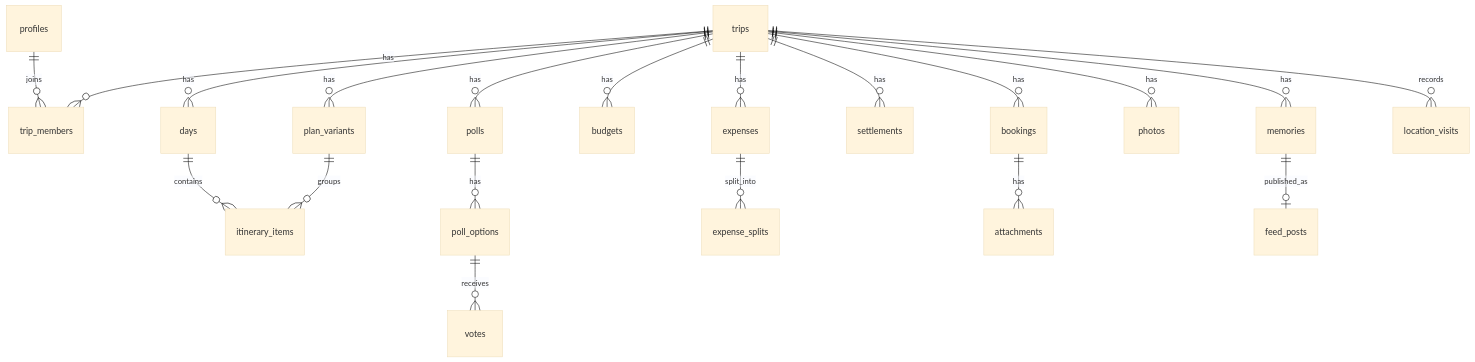
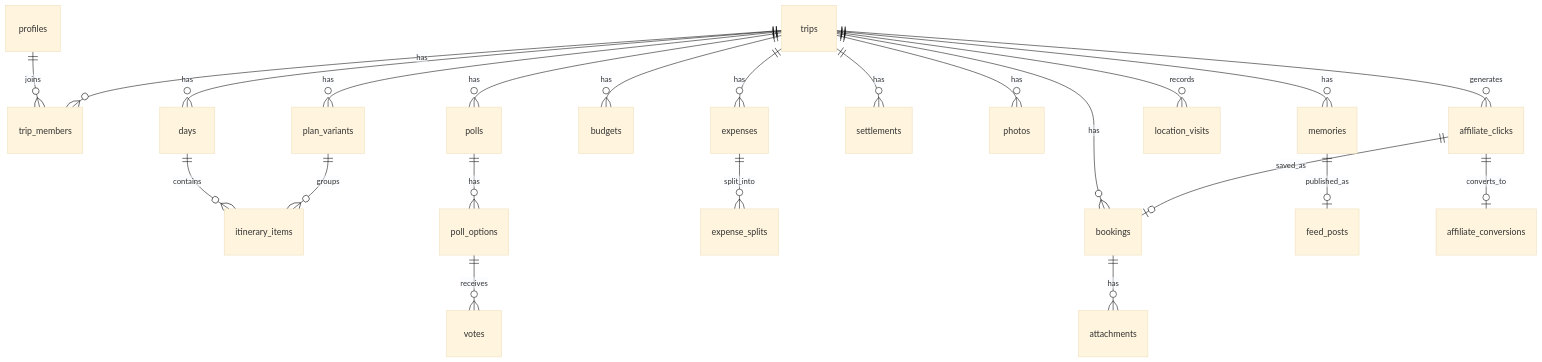
Before and after one commit to Gowthamanravindran/TravelOG: the second of 2 diagrams in docs/03-architecture.md, drawn with Mermaid (base theme). The commit also changed other lines of this file and 5 other files, not shown here.

First line of the commit message:
Add Find & book affiliate booking to Bookings tab

````diff
--- a/docs/03-architecture.md
+++ b/docs/03-architecture.md
@@ -72,22 +77,25 @@
 ```mermaid
 erDiagram
   profiles ||--o{ trip_members : joins
   trips ||--o{ trip_members : has
   trips ||--o{ plan_variants : has
   trips ||--o{ days : has
   days ||--o{ itinerary_items : contains
   plan_variants ||--o{ itinerary_items : groups
   trips ||--o{ polls : has
   polls ||--o{ poll_options : has
   poll_options ||--o{ votes : receives
   trips ||--o{ budgets : has
   trips ||--o{ expenses : has
   expenses ||--o{ expense_splits : split_into
   trips ||--o{ settlements : has
   trips ||--o{ bookings : has
   bookings ||--o{ attachments : has
   trips ||--o{ photos : has
   trips ||--o{ memories : has
   memories ||--o| feed_posts : published_as
   trips ||--o{ location_visits : records
+  trips ||--o{ affiliate_clicks : generates
+  affiliate_clicks ||--o| affiliate_conversions : converts_to
+  affiliate_clicks ||--o| bookings : saved_as
 ```
````
